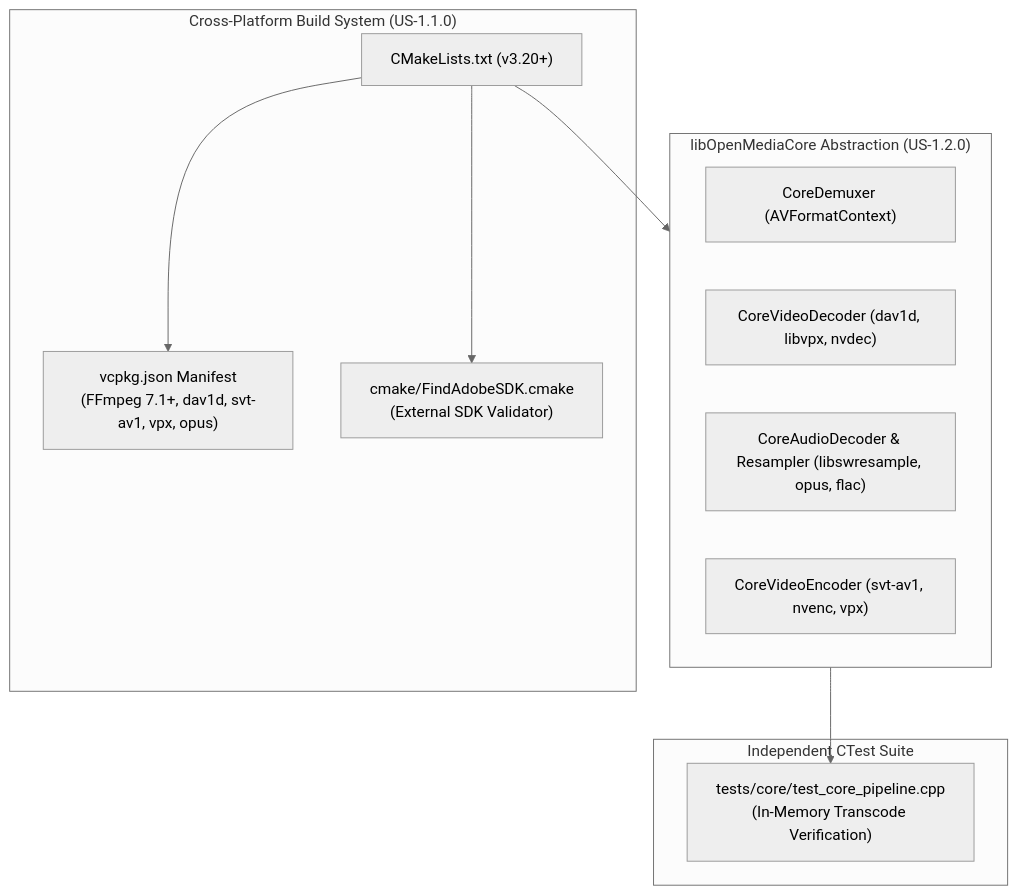
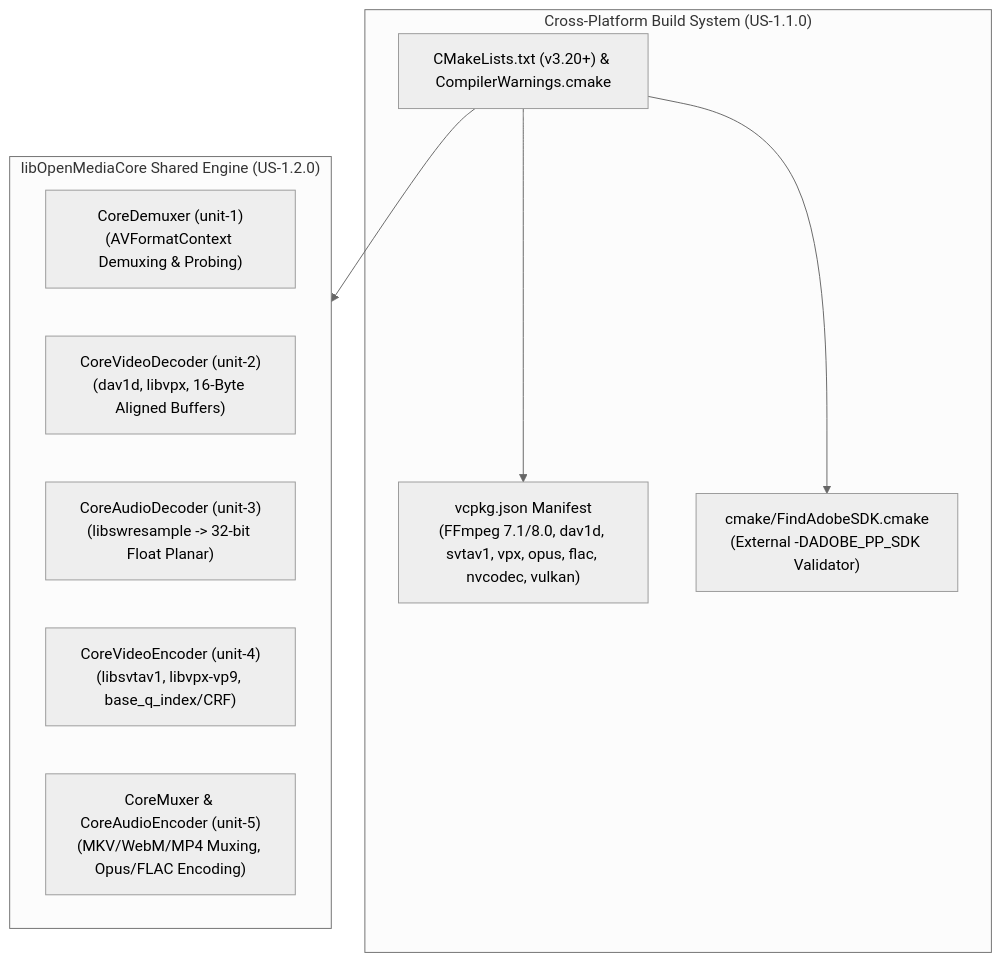
One commit to abdelrazekwork72-beep/AV1 changed the diagram in docs/user-stories/module-1-core-engine/README.md. Above: the diagram before and after it, drawn with Mermaid (neutral theme). The commit also changed other lines of this file and 15 other files, not shown here.

Commit message:
fix(docs): unify architecture, Premiere Pro SDK protocols, base contracts, and 50 implementation units across all 4 modules and 11 user stories

````diff
--- a/docs/user-stories/module-1-core-engine/README.md
+++ b/docs/user-stories/module-1-core-engine/README.md
@@ -22,24 +22,20 @@
 ```mermaid
 flowchart TD
     subgraph BuildLayer ["Cross-Platform Build System (US-1.1.0)"]
-        CMake["CMakeLists.txt (v3.20+)"]
-        Vcpkg["vcpkg.json Manifest<br/>(FFmpeg 7.1+, dav1d, svt-av1, vpx, opus)"]
-        AdobeCheck["cmake/FindAdobeSDK.cmake<br/>(External SDK Validator)"]
+        CMake["CMakeLists.txt (v3.20+) & CompilerWarnings.cmake"]
+        Vcpkg["vcpkg.json Manifest<br/>(FFmpeg 7.1/8.0, dav1d, svtav1, vpx, opus, flac, nvcodec, vulkan)"]
+        AdobeCheck["cmake/FindAdobeSDK.cmake<br/>(External -DADOBE_PP_SDK Validator)"]
     end
 
-    subgraph CoreEngine ["libOpenMediaCore Abstraction (US-1.2.0)"]
-        Demux["CoreDemuxer (AVFormatContext)"]
-        VDec["CoreVideoDecoder (dav1d, libvpx, nvdec)"]
-        ADec["CoreAudioDecoder & Resampler (libswresample, opus, flac)"]
-        VEnc["CoreVideoEncoder (svt-av1, nvenc, vpx)"]
-    end
-
-    subgraph TestHarness ["Independent CTest Suite"]
-        CTest["tests/core/test_core_pipeline.cpp<br/>(In-Memory Transcode Verification)"]
+    subgraph CoreEngine ["libOpenMediaCore Shared Engine (US-1.2.0)"]
+        Demux["CoreDemuxer (unit-1)<br/>(AVFormatContext Demuxing & Probing)"]
+        VDec["CoreVideoDecoder (unit-2)<br/>(dav1d, libvpx, 16-Byte Aligned Buffers)"]
+        ADec["CoreAudioDecoder (unit-3)<br/>(libswresample -> 32-bit Float Planar)"]
+        VEnc["CoreVideoEncoder (unit-4)<br/>(libsvtav1, libvpx-vp9, base_q_index/CRF)"]
+        Mux["CoreMuxer & CoreAudioEncoder (unit-5)<br/>(MKV/WebM/MP4 Muxing, Opus/FLAC Encoding)"]
     end
 
     CMake --> Vcpkg
     CMake --> AdobeCheck
     CMake --> CoreEngine
-    CoreEngine --> CTest
 ```
````
